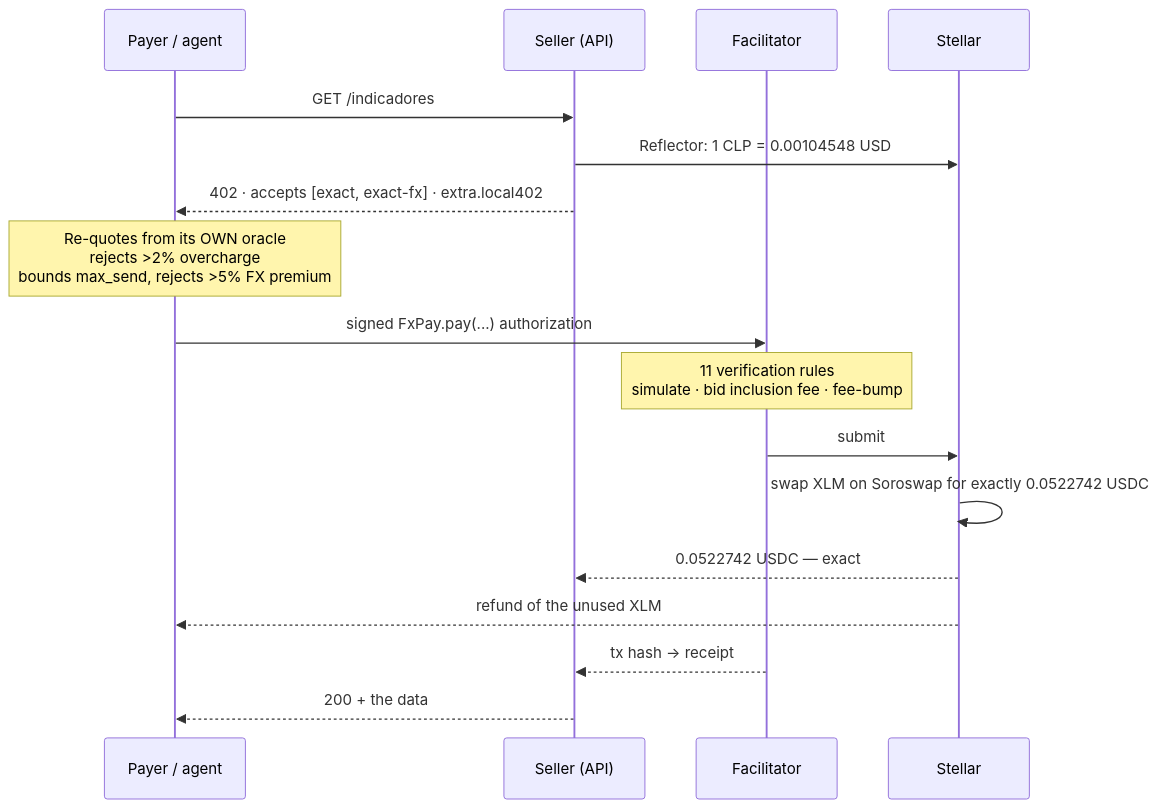
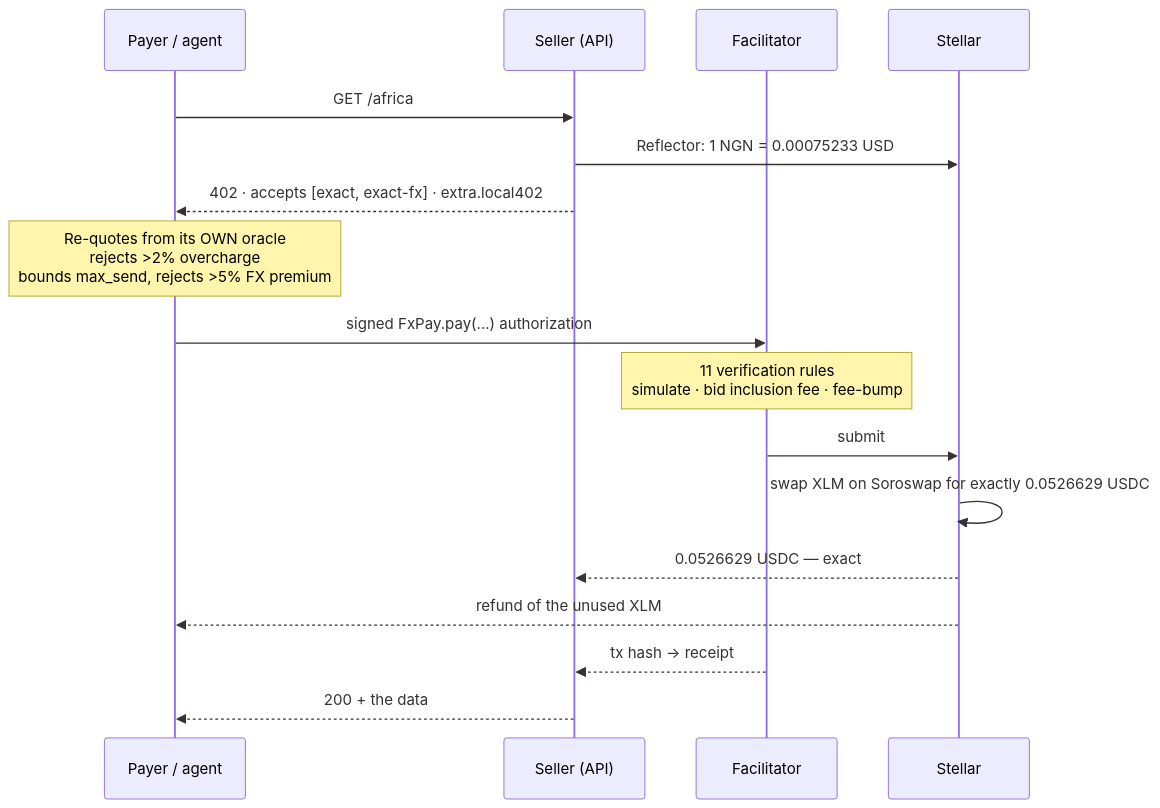
Before and after one commit to DiegoPoveda01/local402: the diagram in README.md, drawn with Mermaid. The commit also changed other lines of this file and 5 other files, not shown here.

````diff
--- a/README.md
+++ b/README.md
@@ -126,20 +126,20 @@
 ```mermaid
 sequenceDiagram
     participant P as Payer / agent
     participant S as Seller (API)
     participant F as Facilitator
     participant N as Stellar
 
-    P->>S: GET /indicadores
-    S->>N: Reflector: 1 CLP = 0.00104548 USD
+    P->>S: GET /africa
+    S->>N: Reflector: 1 NGN = 0.00075233 USD
     S-->>P: 402 · accepts [exact, exact-fx] · extra.local402
     Note over P: Re-quotes from its OWN oracle<br/>rejects >2% overcharge<br/>bounds max_send, rejects >5% FX premium
     P->>F: signed FxPay.pay(...) authorization
     Note over F: 11 verification rules<br/>simulate · bid inclusion fee · fee-bump
     F->>N: submit
-    N->>N: swap XLM on Soroswap for exactly 0.0522742 USDC
-    N-->>S: 0.0522742 USDC — exact
+    N->>N: swap XLM on Soroswap for exactly 0.0526629 USDC
+    N-->>S: 0.0526629 USDC — exact
     N-->>P: refund of the unused XLM
     F-->>S: tx hash → receipt
     S-->>P: 200 + the data
 ```
````
